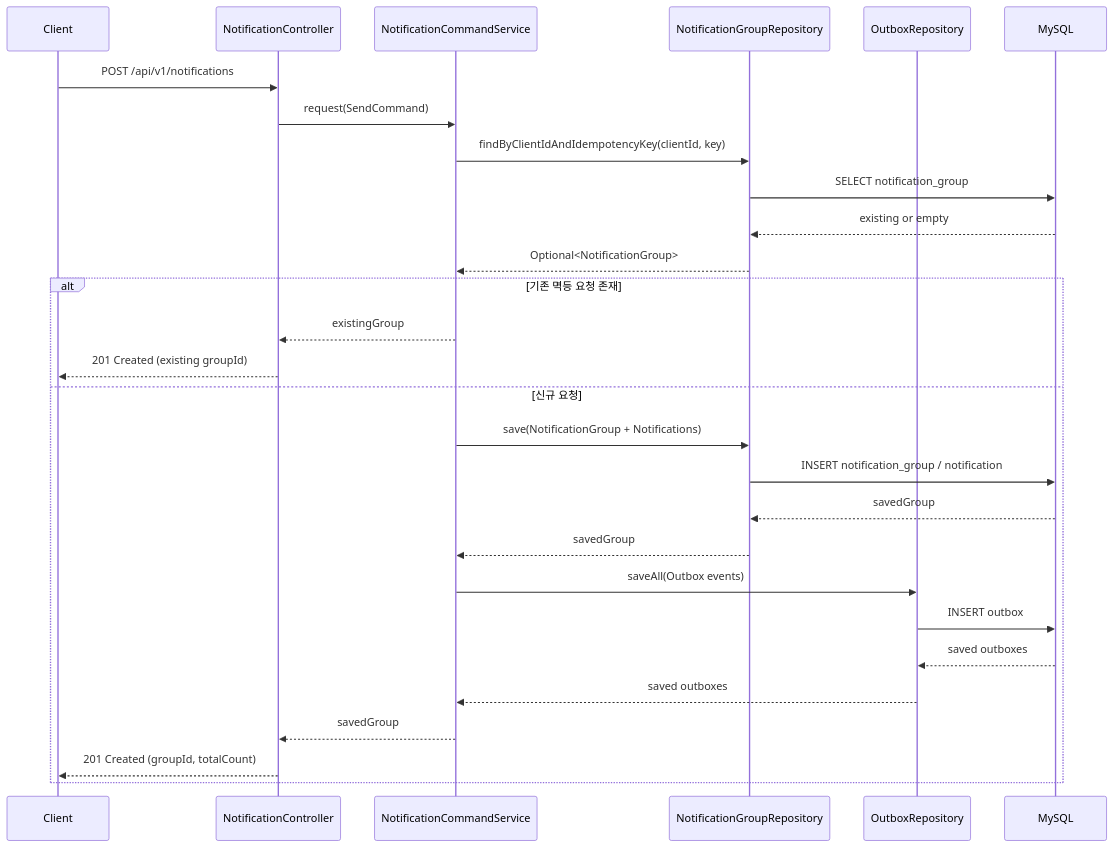
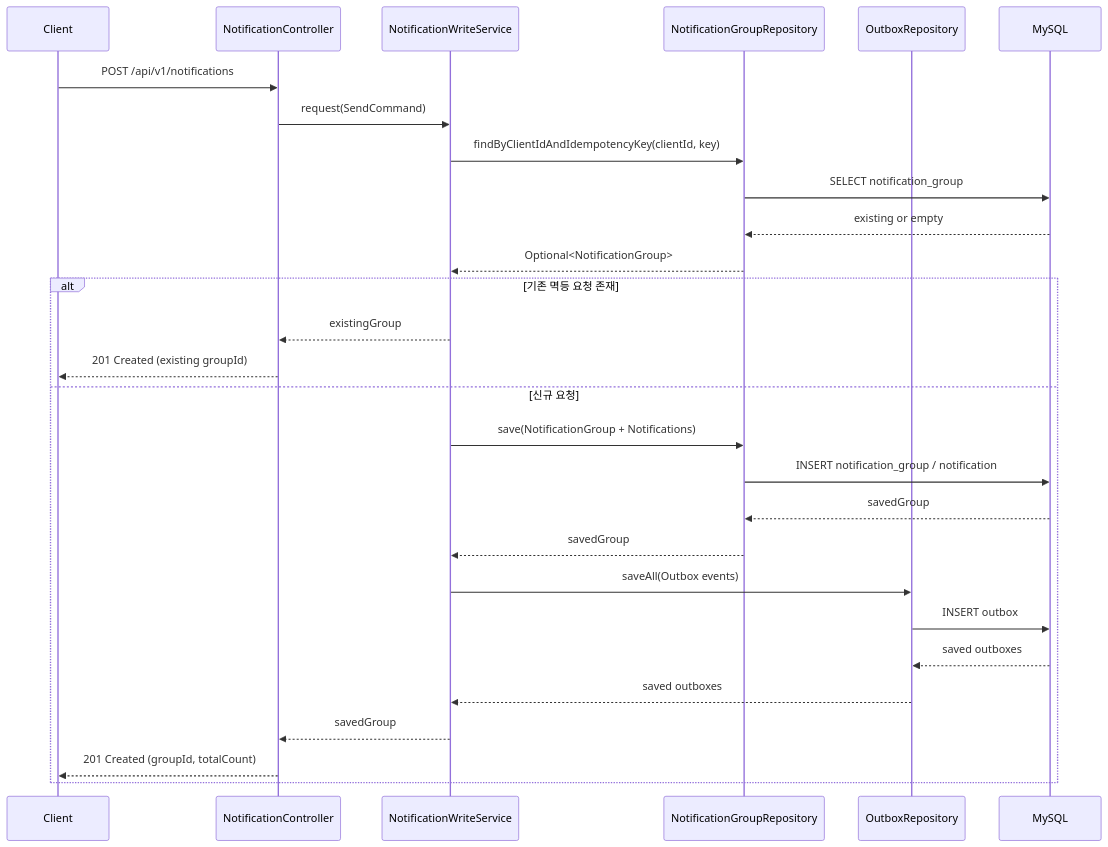
Before and after one commit to yht0827/notification-dispatcher: the first of 5 diagrams in docs/02-sequence-diagrams.md, drawn with Mermaid. The commit also changed 32 other files, not shown here.

Commit message:
chore: NotificationCommandService 및 관련 테스트 제거, NotificationWriteService로 대체, 조회 로직 개선 및 읽음 상태 반영

````diff
--- a/docs/02-sequence-diagrams.md
+++ b/docs/02-sequence-diagrams.md
@@ -17,34 +17,34 @@
 ```mermaid
 sequenceDiagram
     participant C as Client
     participant API as NotificationController
-    participant CMD as NotificationCommandService
+    participant CMD as NotificationWriteService
     participant GR as NotificationGroupRepository
     participant OR as OutboxRepository
     participant DB as MySQL
 
     C->>API: POST /api/v1/notifications
     API->>CMD: request(SendCommand)
     CMD->>GR: findByClientIdAndIdempotencyKey(clientId, key)
     GR->>DB: SELECT notification_group
     DB-->>GR: existing or empty
     GR-->>CMD: Optional<NotificationGroup>
 
     alt 기존 멱등 요청 존재
         CMD-->>API: existingGroup
         API-->>C: 201 Created (existing groupId)
     else 신규 요청
         CMD->>GR: save(NotificationGroup + Notifications)
         GR->>DB: INSERT notification_group / notification
         DB-->>GR: savedGroup
         GR-->>CMD: savedGroup
 
         CMD->>OR: saveAll(Outbox events)
         OR->>DB: INSERT outbox
         DB-->>OR: saved outboxes
         OR-->>CMD: saved outboxes
 
         CMD-->>API: savedGroup
         API-->>C: 201 Created (groupId, totalCount)
     end
 ```
````
